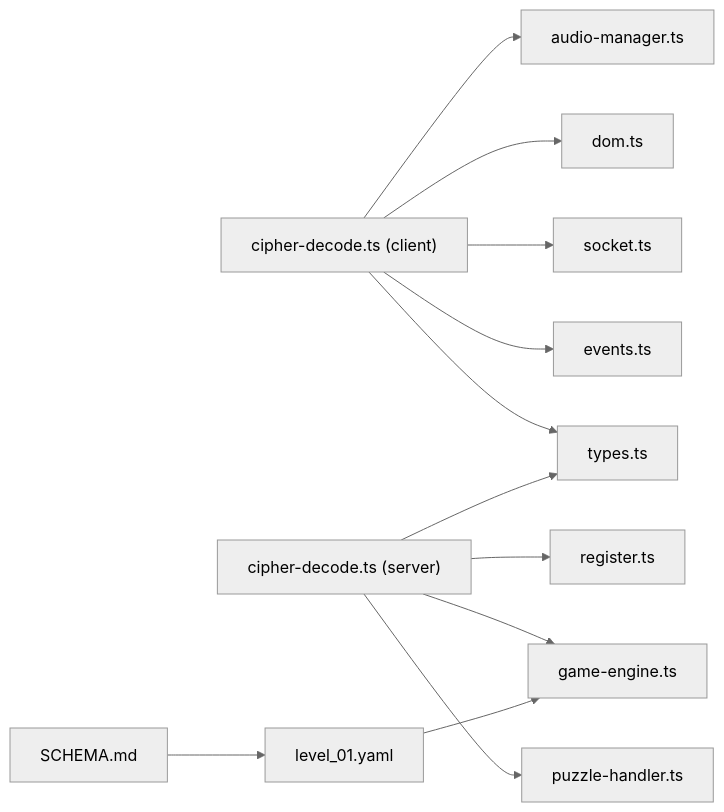
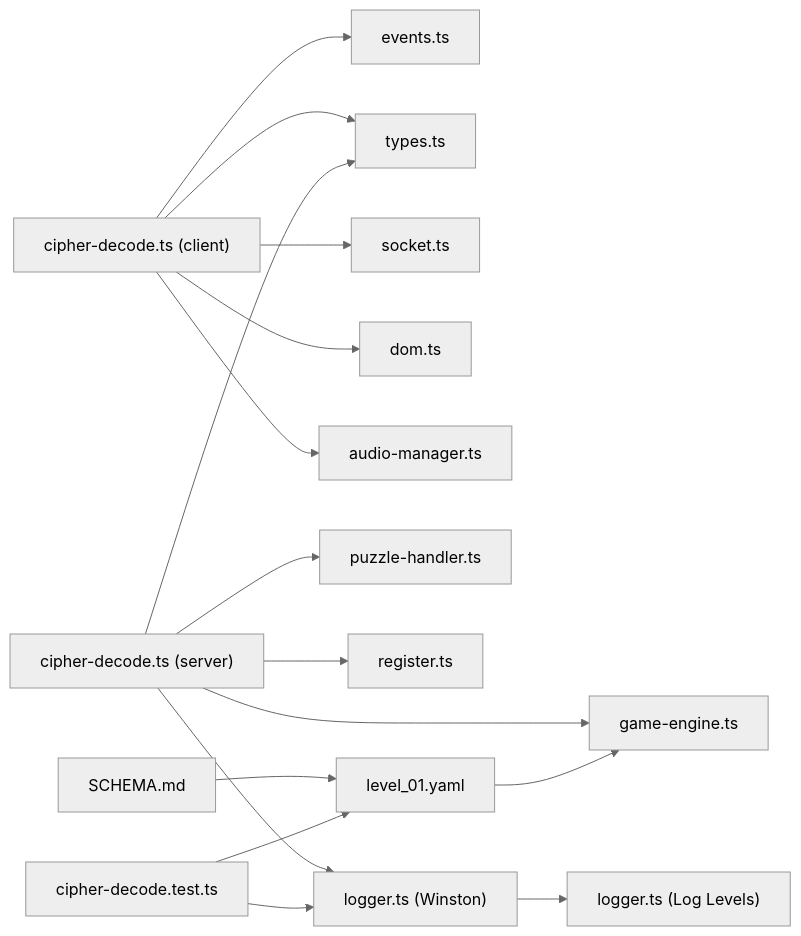
Before and after one commit to dkoukoul/escape-room-mvp: the seventh of 7 diagrams in .qoder/repowiki/en/content/Puzzle System/Cipher Decode Puzzle.md, drawn with Mermaid (neutral theme). The commit also changed other lines of this file and 21 other files, not shown here.

````diff
--- a/.qoder/repowiki/en/content/Puzzle System/Cipher Decode Puzzle.md
+++ b/.qoder/repowiki/en/content/Puzzle System/Cipher Decode Puzzle.md
@@ -397,14 +508,18 @@
 ```mermaid
 graph LR
 Client["cipher-decode.ts (client)"] --> Events["events.ts"]
 Client --> Types["types.ts"]
 Client --> Socket["socket.ts"]
 Client --> DOM["dom.ts"]
 Client --> Audio["audio-manager.ts"]
 Server["cipher-decode.ts (server)"] --> Types
 Server --> HandlerIF["puzzle-handler.ts"]
 Server --> Register["register.ts"]
 Server --> Engine["game-engine.ts"]
+Server --> Winston["logger.ts (Winston)"]
 Config["level_01.yaml"] --> Engine
 Schema["SCHEMA.md"] --> Config
+Winston --> LogLevels["logger.ts (Log Levels)"]
+TestSuite["cipher-decode.test.ts"] --> Winston
+TestSuite --> Config
 ```
````
